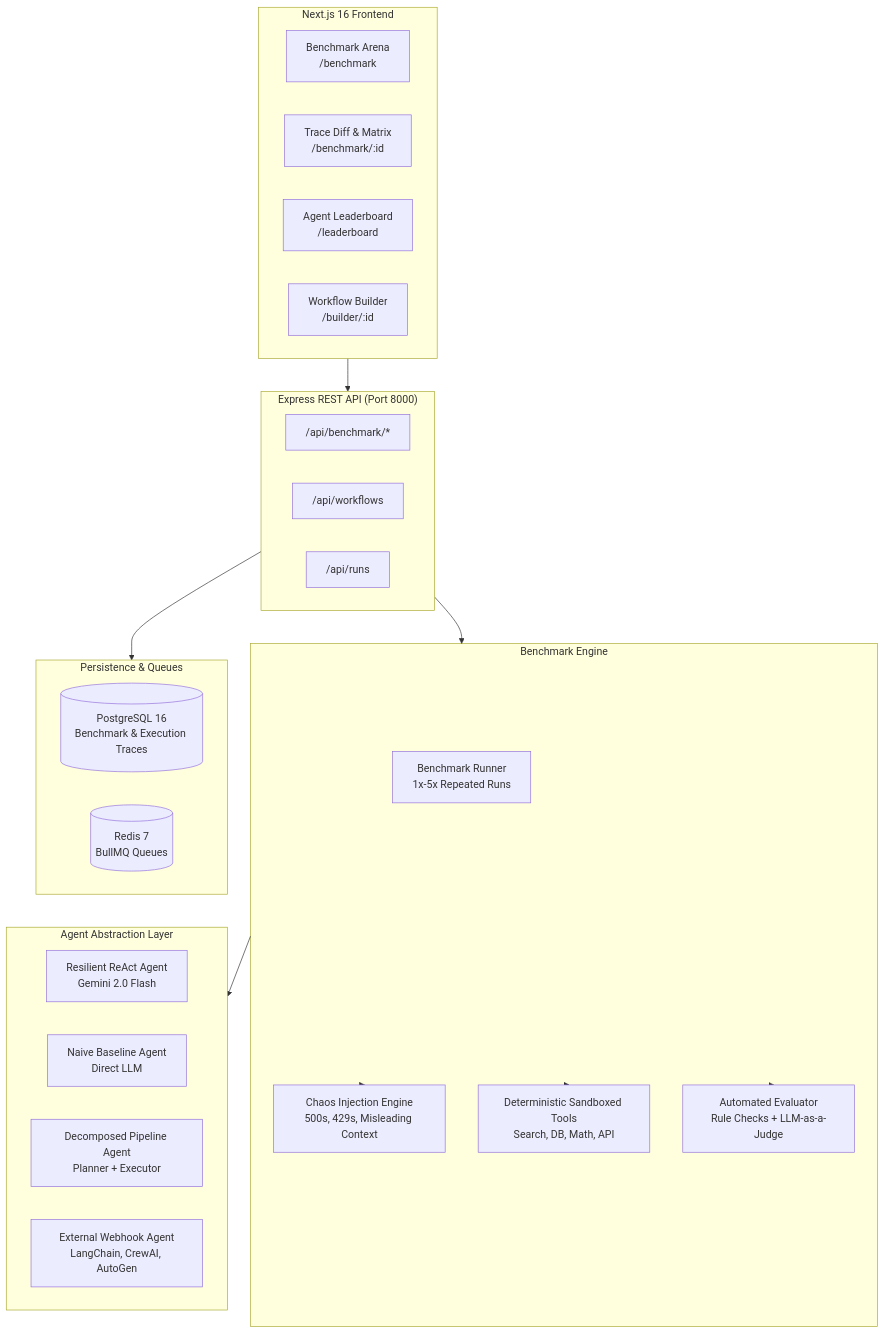
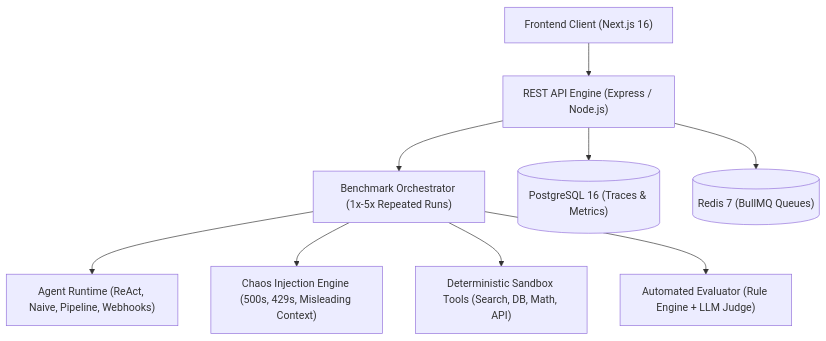
One commit to Ankit-cs/melq changed the diagram in README.md. Above: the diagram before and after it, drawn with Mermaid. The commit also changed other lines of this file, not shown here.

Commit message:
updated link

````diff
--- a/README.md
+++ b/README.md
@@ -69,42 +72,12 @@
 ```mermaid
-flowchart TB
-    subgraph Client["Next.js 16 Frontend"]
-        BA["Benchmark Arena<br/>/benchmark"]
-        CD["Trace Diff & Matrix<br/>/benchmark/:id"]
-        LB["Agent Leaderboard<br/>/leaderboard"]
-        WB["Workflow Builder<br/>/builder/:id"]
-    end
+graph TD
+    UI["Frontend Client (Next.js 16)"] --> API["REST API Engine (Express / Node.js)"]
+    API --> RUNNER["Benchmark Orchestrator (1x-5x Repeated Runs)"]
+    API --> DB[("PostgreSQL 16 (Traces & Metrics)")]
+    API --> QUEUE[("Redis 7 (BullMQ Queues)")]
 
-    subgraph API["Express REST API (Port 8000)"]
-        BR["/api/benchmark/*"]
-        WF["/api/workflows"]
-        RN["/api/runs"]
-    end
-
-    subgraph BenchmarkSystem["Benchmark Engine"]
-        Runner["Benchmark Runner<br/>1x-5x Repeated Runs"]
-        Chaos["Chaos Injection Engine<br/>500s, 429s, Misleading Context"]
-        MockTools["Deterministic Sandboxed Tools<br/>Search, DB, Math, API"]
-        Judge["Automated Evaluator<br/>Rule Checks + LLM-as-a-Judge"]
-    end
-
-    subgraph AgentRuntime["Agent Abstraction Layer"]
-        ReactAgent["Resilient ReAct Agent<br/>Gemini 2.0 Flash"]
-        NaiveAgent["Naive Baseline Agent<br/>Direct LLM"]
-        PipeAgent["Decomposed Pipeline Agent<br/>Planner + Executor"]
-        WebhookAgent["External Webhook Agent<br/>LangChain, CrewAI, AutoGen"]
-    end
-
-    subgraph Data["Persistence & Queues"]
-        PG[("PostgreSQL 16<br/>Benchmark & Execution Traces")]
-        RD[("Redis 7<br/>BullMQ Queues")]
-    end
-
-    Client --> API
-    API --> BenchmarkSystem
-    BenchmarkSystem --> AgentRuntime
-    BenchmarkSystem --> Chaos
-    BenchmarkSystem --> MockTools
-    BenchmarkSystem --> Judge
-    API --> Data
+    RUNNER --> AGENTS["Agent Runtime (ReAct, Naive, Pipeline, Webhooks)"]
+    RUNNER --> CHAOS["Chaos Injection Engine (500s, 429s, Misleading Context)"]
+    RUNNER --> TOOLS["Deterministic Sandbox Tools (Search, DB, Math, API)"]
+    RUNNER --> JUDGE["Automated Evaluator (Rule Engine + LLM Judge)"]
 ```
````
